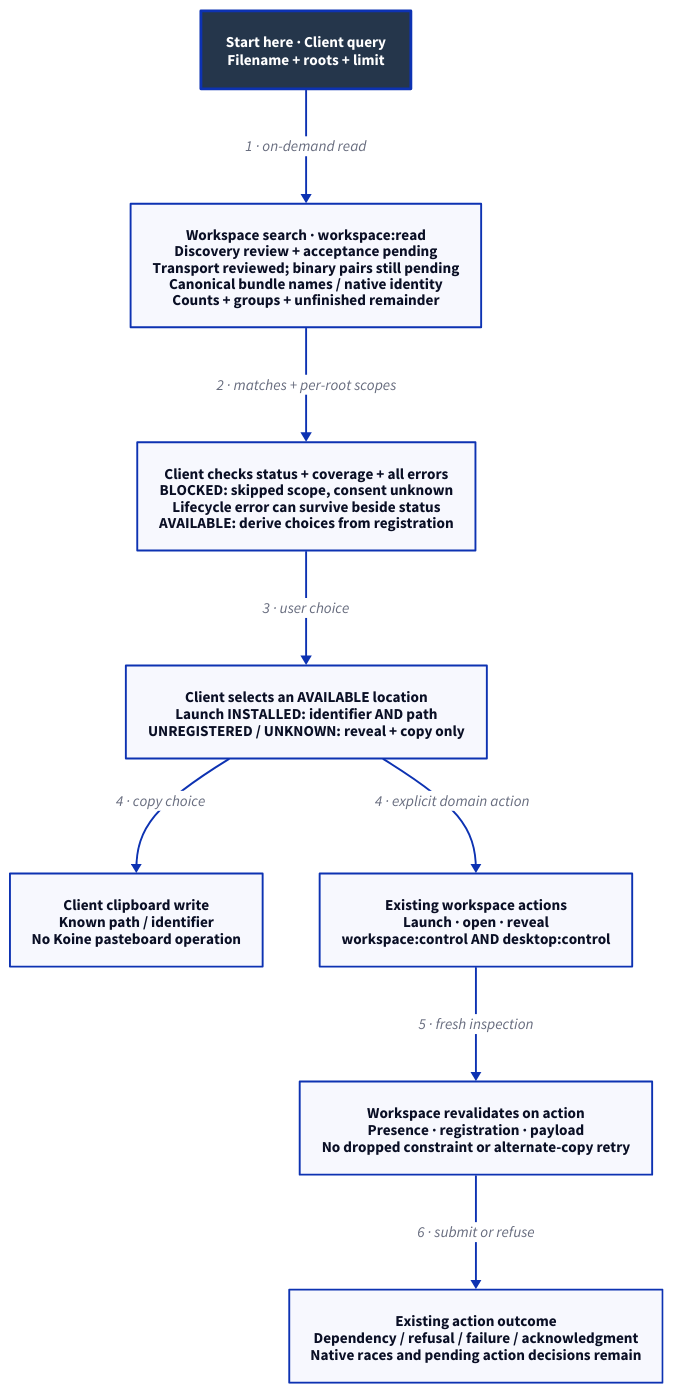
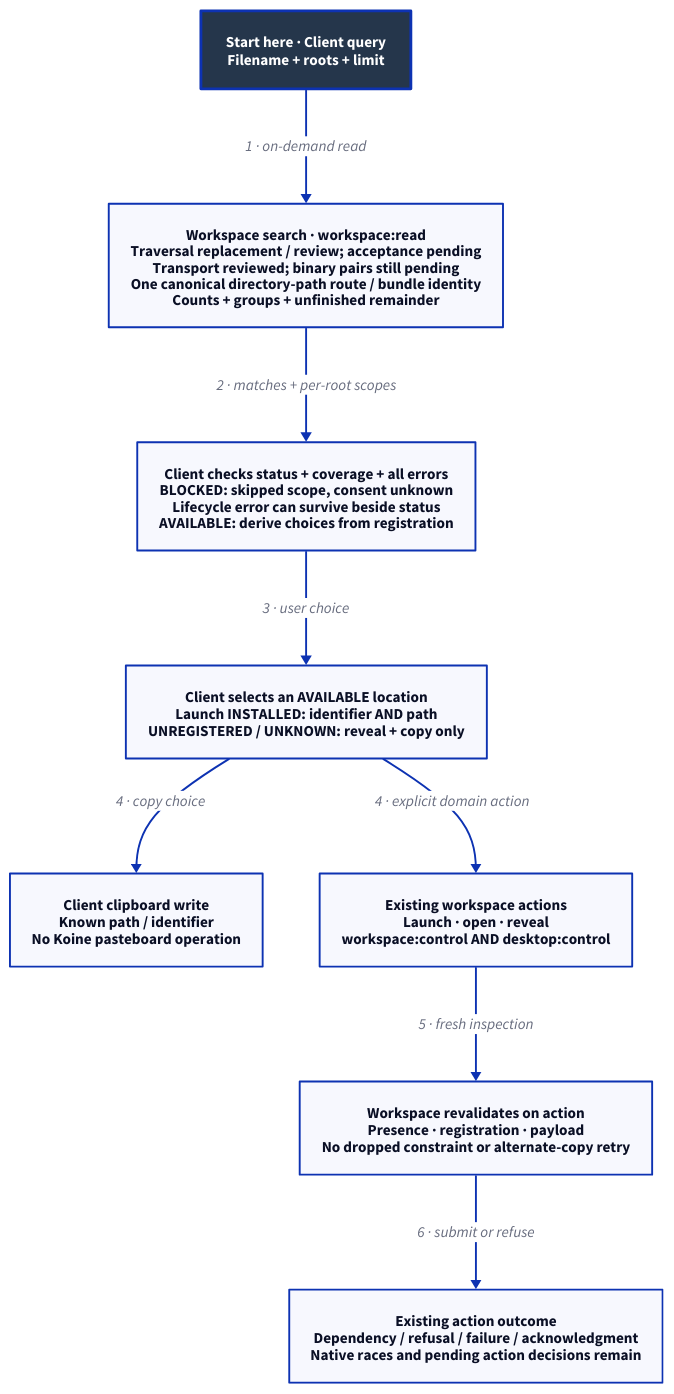
The diagram in docs/design/architecture/search-handoff.d2 (Linkuistics/Koine), drawn with D2 before and after one commit. The commit also changed 20 other files, not shown here.

Commit message:
search-defaults-k104: integrate discovery review repairs and externalize traversal redesign to search-traversal-k105

```diff
--- a/docs/design/architecture/search-handoff.d2
+++ b/docs/design/architecture/search-handoff.d2
@@ -1,20 +1,20 @@
 # Designed component/data handoff. Source roles, not deployment containers.
 direction: down
 classes: {
   start: {style: {fill: "#25364B"; font-color: "#FFFFFF"; bold: true; stroke-width: 3}}
 }
 Start: "Start here · Client query\nFilename + roots + limit" {class: start}
-Search: "Workspace search · workspace:read\nDiscovery review + acceptance pending\nTransport reviewed; binary pairs still pending\nCanonical bundle names / native identity\nCounts + groups + unfinished remainder"
+Search: "Workspace search · workspace:read\nTraversal replacement / review; acceptance pending\nTransport reviewed; binary pairs still pending\nOne canonical directory-path route / bundle identity\nCounts + groups + unfinished remainder"
 Choices: "Client checks status + coverage + all errors\nBLOCKED: skipped scope, consent unknown\nLifecycle error can survive beside status\nAVAILABLE: derive choices from registration"
 Selected: "Client selects an AVAILABLE location\nLaunch INSTALLED: identifier AND path\nUNREGISTERED / UNKNOWN: reveal + copy only"
 Clipboard: "Client clipboard write\nKnown path / identifier\nNo Koine pasteboard operation"
 Action: "Existing workspace actions\nLaunch · open · reveal\nworkspace:control AND desktop:control"
 Revalidate: "Workspace revalidates on action\nPresence · registration · payload\nNo dropped constraint or alternate-copy retry"
 Outcome: "Existing action outcome\nDependency / refusal / failure / acknowledgment\nNative races and pending action decisions remain"
 Start -> Search: "1 · on-demand read"
 Search -> Choices: "2 · matches + per-root scopes"
 Choices -> Selected: "3 · user choice"
 Selected -> Clipboard: "4 · copy choice"
 Selected -> Action: "4 · explicit domain action"
 Action -> Revalidate: "5 · fresh inspection"
 Revalidate -> Outcome: "6 · submit or refuse"
```
